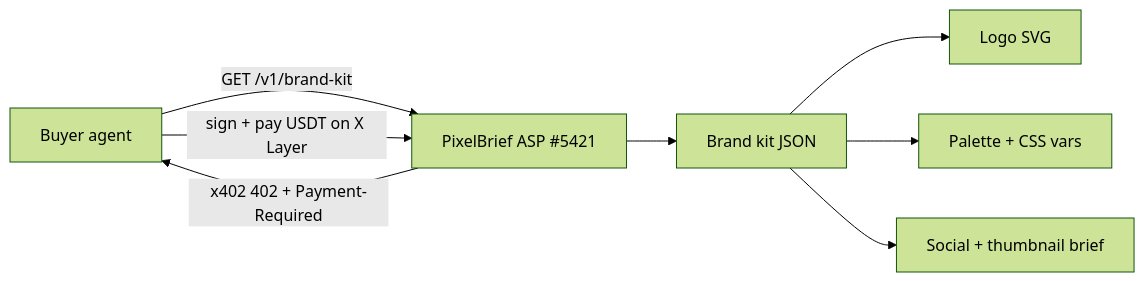
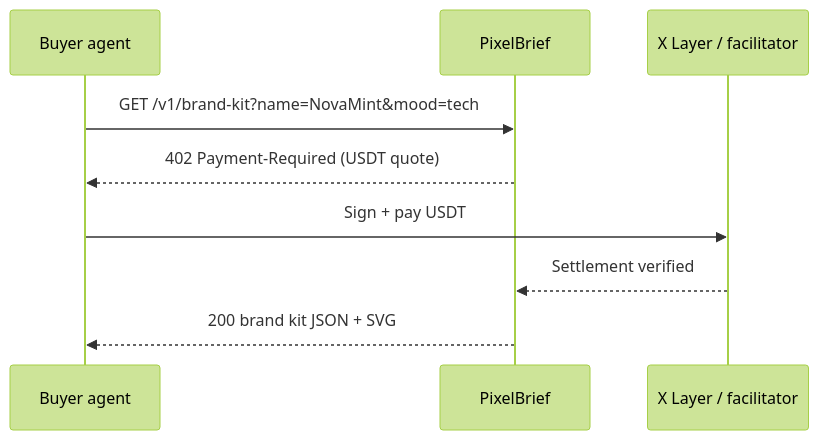
One commit to thesithunyein/pixelbrief changed the second of 3 diagrams in README.md. Above: the diagram before and after it, drawn with Mermaid (forest theme). The commit also changed other lines of this file and 1 other file, not shown here.

Commit message:
Ship exact transparent mark and rewrite README with architecture diagrams.

````diff
--- a/README.md
+++ b/README.md
@@ -129,10 +81,12 @@
 ```mermaid
-flowchart LR
-  A[Buyer agent] -->|GET /v1/brand-kit| B[PixelBrief ASP #5421]
-  B -->|x402 402 + Payment-Required| A
-  A -->|sign + pay USDT on X Layer| B
-  B --> C[Brand kit JSON]
-  C --> D[Logo SVG]
-  C --> E[Palette + CSS vars]
-  C --> F[Social + thumbnail brief]
+sequenceDiagram
+  participant A as Buyer agent
+  participant P as PixelBrief #5421
+  participant X as X Layer / facilitator
+
+  A->>P: GET /v1/brand-kit?name=NovaMint&mood=tech
+  P-->>A: 402 Payment-Required (USDT quote)
+  A->>X: Sign + pay USDT
+  X-->>P: Settlement verified
+  P-->>A: 200 brand kit JSON + SVG
 ```
````
